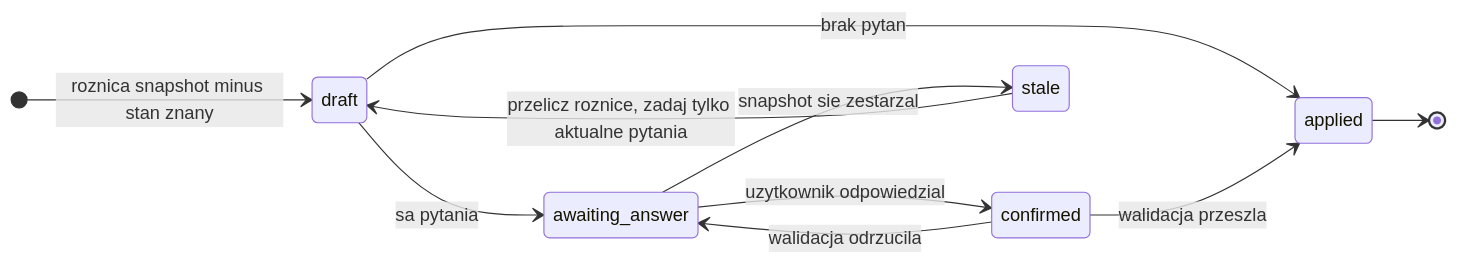
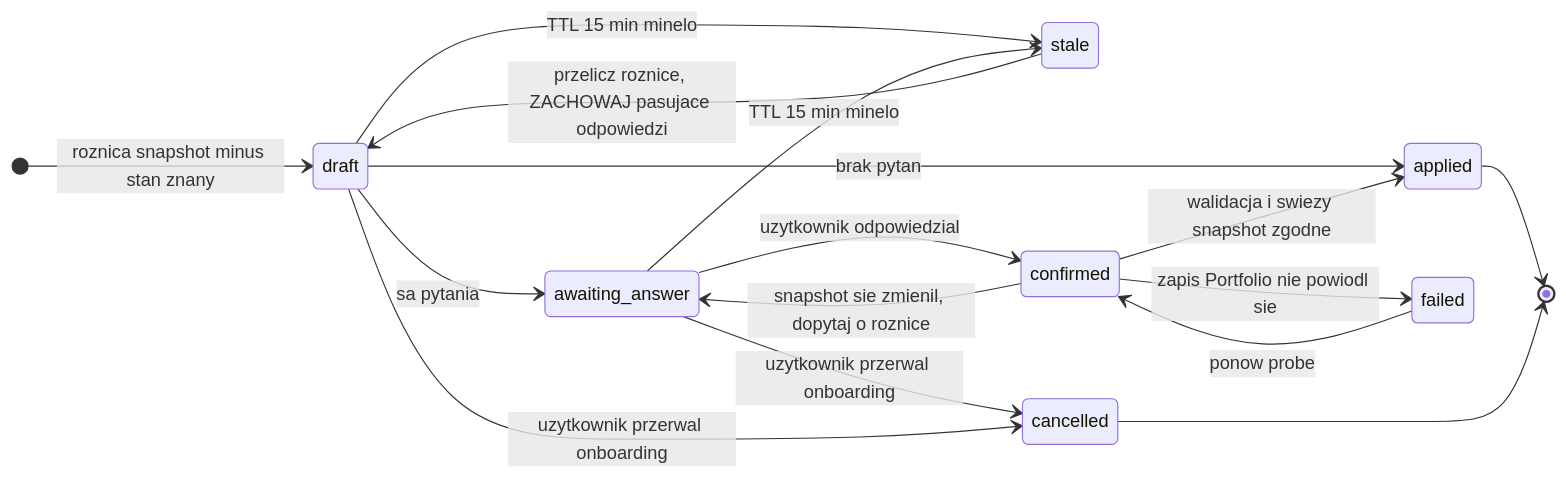
Before and after one commit to lu92/vidulum: the second of 5 diagrams in docs/features-backlog/2026-09-18-okx-exchange-backend-integration.md, drawn with Mermaid. The commit also changed other lines of this file, not shown here.

````diff
--- a/docs/features-backlog/2026-09-18-okx-exchange-backend-integration.md
+++ b/docs/features-backlog/2026-09-18-okx-exchange-backend-integration.md
@@ -218,13 +218,19 @@
 ```mermaid
 stateDiagram-v2
     direction LR
     [*] --> draft: roznica snapshot minus stan znany
     draft --> applied: brak pytan
     draft --> awaiting_answer: sa pytania
+    draft --> stale: TTL 15 min minelo
     awaiting_answer --> confirmed: uzytkownik odpowiedzial
-    confirmed --> applied: walidacja przeszla
-    confirmed --> awaiting_answer: walidacja odrzucila
-    awaiting_answer --> stale: snapshot sie zestarzal
-    stale --> draft: przelicz roznice, zadaj tylko aktualne pytania
+    awaiting_answer --> stale: TTL 15 min minelo
+    awaiting_answer --> cancelled: uzytkownik przerwal onboarding
+    draft --> cancelled: uzytkownik przerwal onboarding
+    confirmed --> applied: walidacja i swiezy snapshot zgodne
+    confirmed --> awaiting_answer: snapshot sie zmienil, dopytaj o roznice
+    confirmed --> failed: zapis Portfolio nie powiodl sie
+    failed --> confirmed: ponow probe
+    stale --> draft: przelicz roznice, ZACHOWAJ pasujace odpowiedzi
     applied --> [*]
+    cancelled --> [*]
 ```
````
